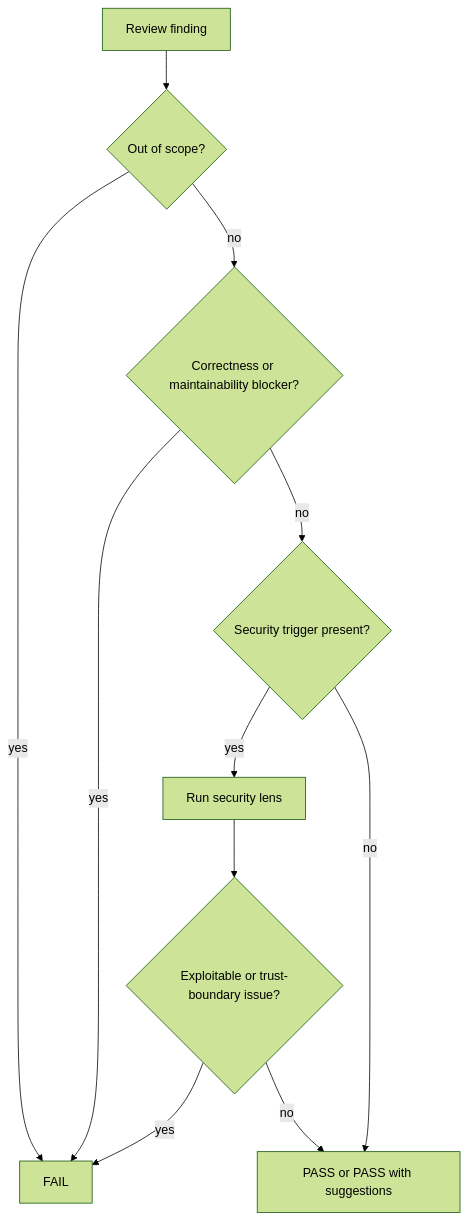
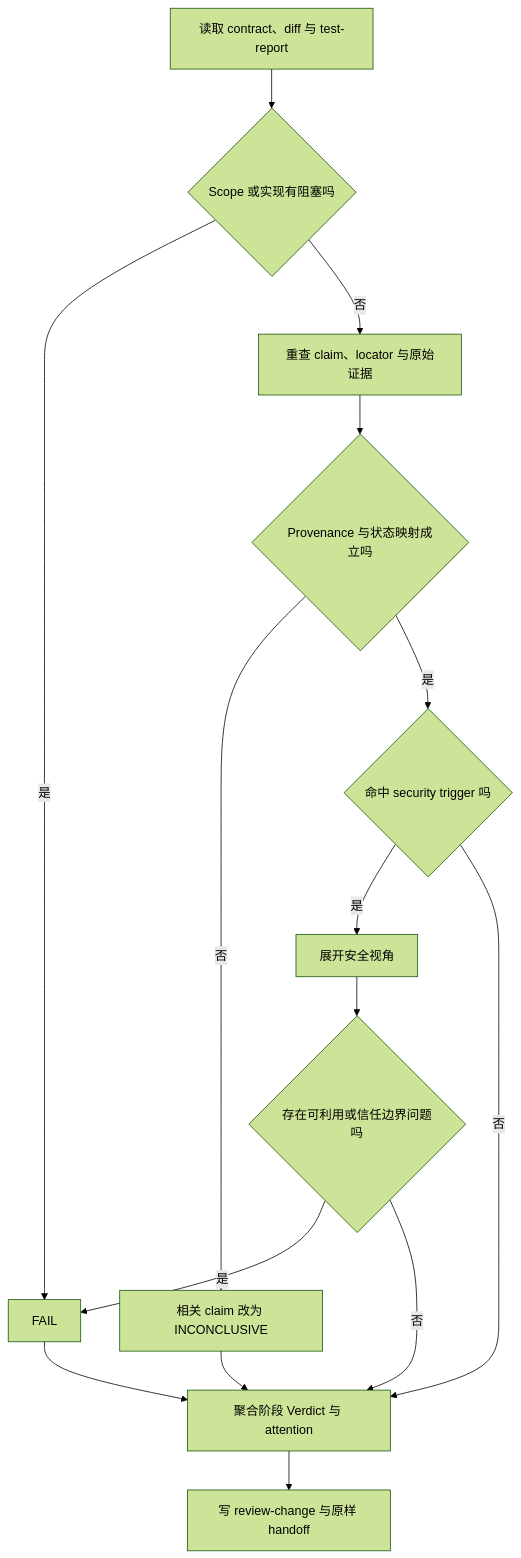
Before and after one commit to Thrimbda/legion-mind: the diagram in skills/review-change/SKILL.md, drawn with Mermaid (forest theme). The commit also changed other lines of this file and 30 other files, not shown here.

````diff
--- a/skills/review-change/SKILL.md
+++ b/skills/review-change/SKILL.md
@@ -38,13 +43,17 @@
 ```mermaid
 flowchart TD
-    A[Review finding] --> B{Out of scope?}
-    B -- yes --> C[FAIL]
-    B -- no --> D{Correctness or maintainability blocker?}
-    D -- yes --> C
-    D -- no --> E{Security trigger present?}
-    E -- yes --> F[Run security lens]
-    E -- no --> G[PASS or PASS with suggestions]
-    F --> H{Exploitable or trust-boundary issue?}
-    H -- yes --> C
-    H -- no --> G
+    A[读取 contract、diff 与 test-report] --> B{Scope 或实现有阻塞吗}
+    B -- 是 --> C[FAIL]
+    B -- 否 --> D[重查 claim、locator 与原始证据]
+    D --> E{Provenance 与状态映射成立吗}
+    E -- 否 --> F[相关 claim 改为 INCONCLUSIVE]
+    E -- 是 --> G{命中 security trigger 吗}
+    G -- 是 --> H[展开安全视角]
+    G -- 否 --> I[聚合阶段 Verdict 与 attention]
+    H --> J{存在可利用或信任边界问题吗}
+    J -- 是 --> C
+    J -- 否 --> I
+    F --> I
+    C --> I
+    I --> K[写 review-change 与原样 handoff]
 ```
````
